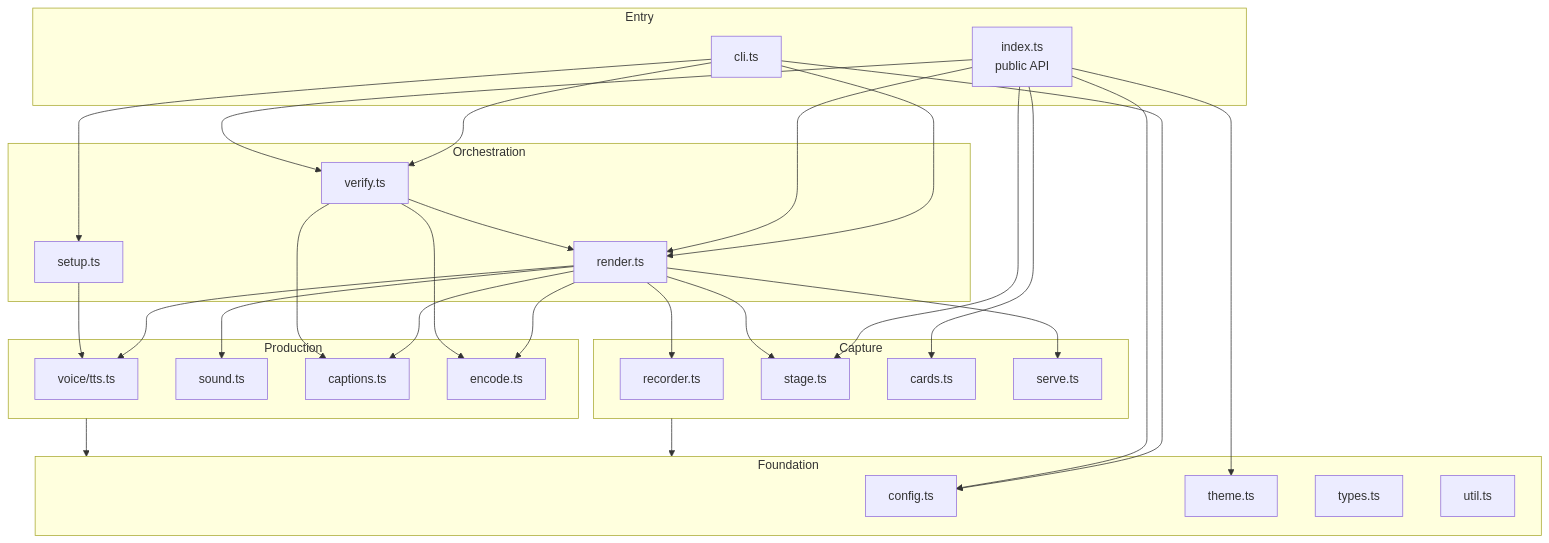
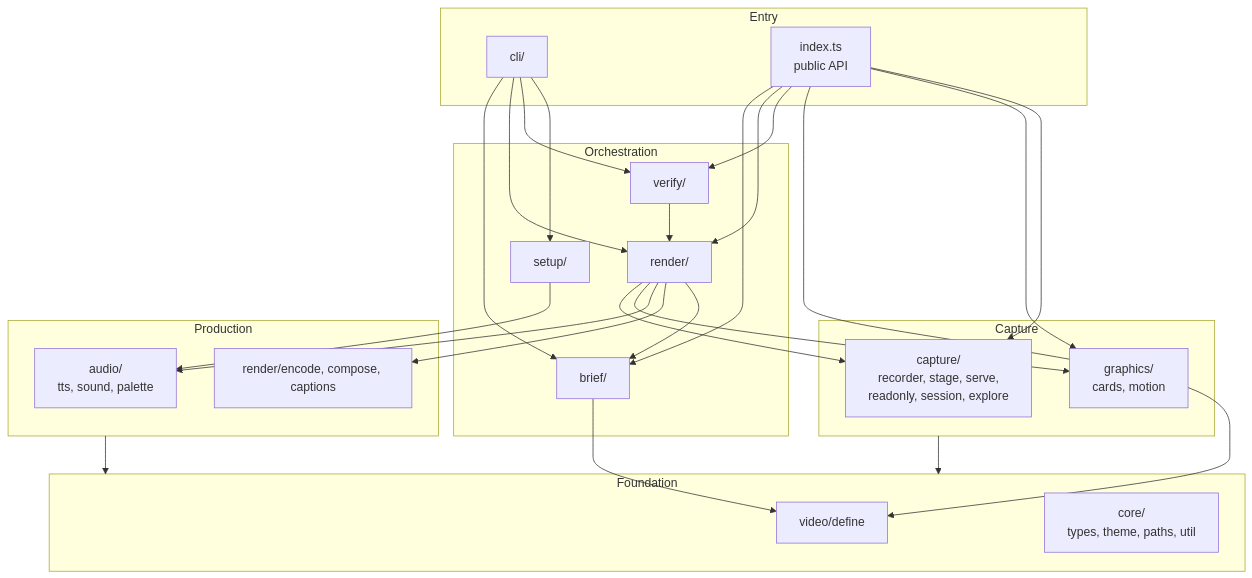
The third of 4 diagrams in docs/architecture.md (kwartz-ai/kwartz-showcase), drawn with Mermaid before and after one commit. The commit also changed other lines of this file and 135 other files, not shown here.

````diff
--- a/docs/architecture.md
+++ b/docs/architecture.md
@@ -74,37 +97,33 @@
 ```mermaid
 flowchart TB
   subgraph Entry
-    cli[cli.ts]
+    cli[cli/]
     index[index.ts<br/>public API]
   end
   subgraph Orchestration
-    render[render.ts]
-    verify[verify.ts]
-    setup[setup.ts]
+    brief[brief/]
+    render[render/]
+    verify[verify/]
+    setup[setup/]
   end
   subgraph Capture
-    recorder[recorder.ts]
-    stage[stage.ts]
-    cards[cards.ts]
-    serve[serve.ts]
+    capture[capture/<br/>recorder, stage, serve,<br/>readonly, session, explore]
+    graphics[graphics/<br/>cards, motion]
   end
   subgraph Production
-    tts[voice/tts.ts]
-    sound[sound.ts]
-    captions[captions.ts]
-    encode[encode.ts]
+    audio[audio/<br/>tts, sound, palette]
+    encode[render/encode, compose, captions]
   end
   subgraph Foundation
-    config[config.ts]
-    theme[theme.ts]
-    types[types.ts]
-    util[util.ts]
+    video[video/define]
+    core[core/<br/>types, theme, paths, util]
   end
-  cli --> render & verify & setup & config
-  index --> render & verify & config & cards & stage & theme
-  render --> recorder & stage & serve & tts & sound & captions & encode
-  verify --> render & encode & captions
-  setup --> tts
+  cli --> brief & render & verify & setup
+  index --> brief & render & verify & video & graphics & capture
+  brief --> video
+  render --> capture & graphics & audio & encode & brief
+  verify --> render
+  setup --> audio
   Capture --> Foundation
   Production --> Foundation
 ```
````
